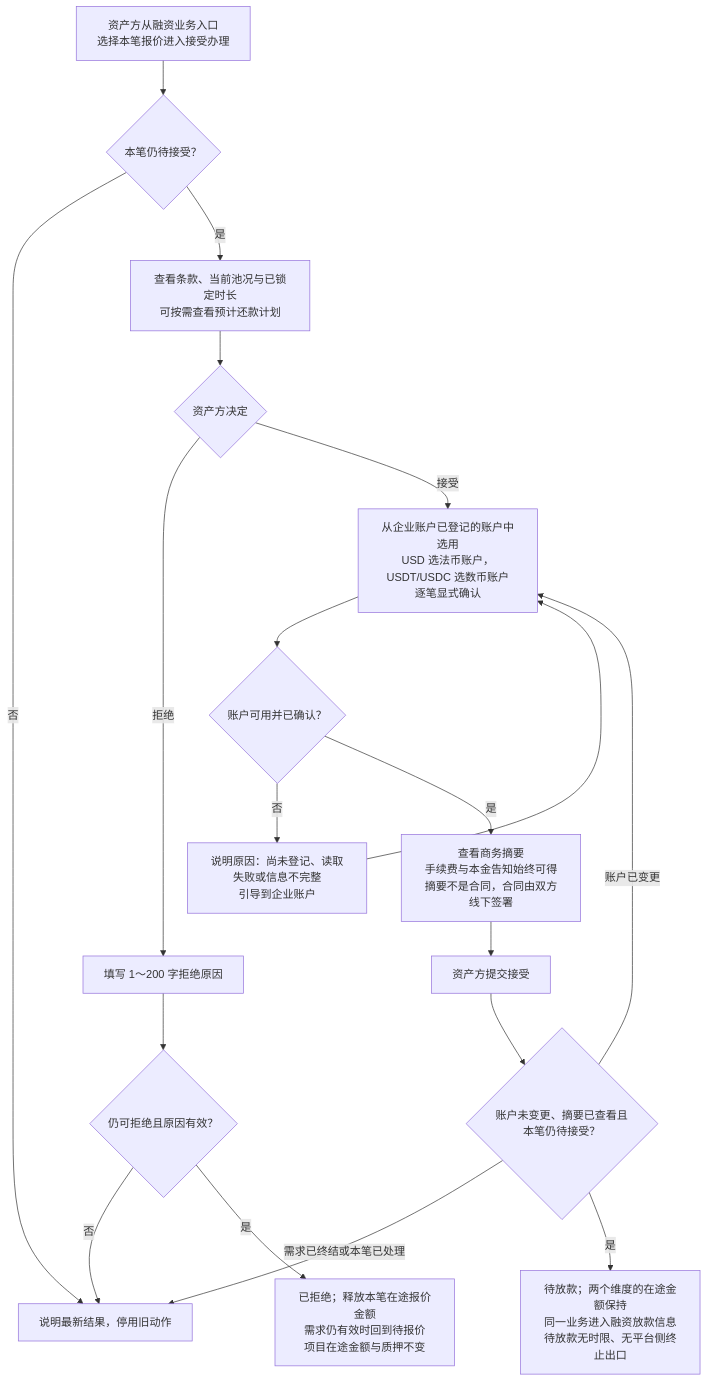
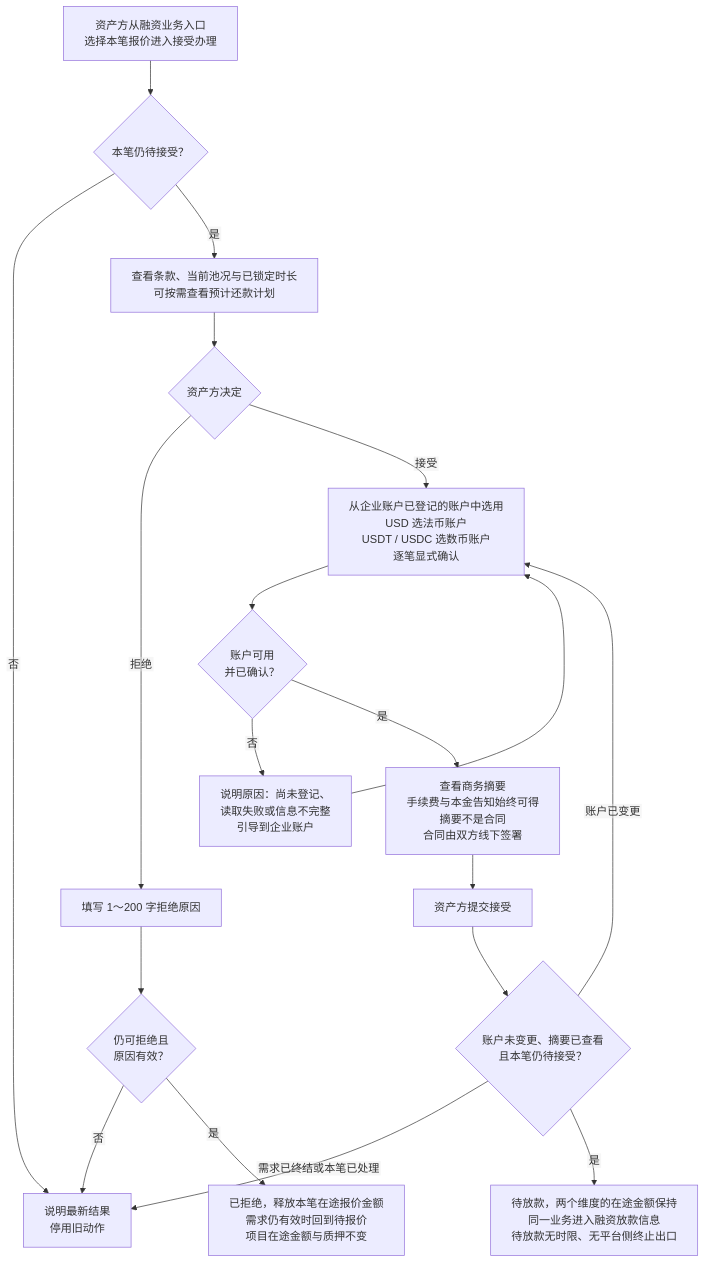
The second of 8 diagrams in lending-platform/PRD/面客端/06-借贷广场-授信报价与接受拒绝/02-授信报价与接受拒绝-流程图与状态机.md (wxblockchain/Chain-Financing), drawn with Mermaid before and after one commit. The commit also changed other lines of this file, not shown here.

First line of the commit message:
docs(WS-375): keep every flowchart label fully visible

````diff
--- a/lending-platform/PRD/面客端/06-借贷广场-授信报价与接受拒绝/02-授信报价与接受拒绝-流程图与状态机.md
+++ b/lending-platform/PRD/面客端/06-借贷广场-授信报价与接受拒绝/02-授信报价与接受拒绝-流程图与状态机.md
@@ -50,21 +51,22 @@
 ```mermaid
+%%{init: {"flowchart": {"htmlLabels": false, "wrappingWidth": 400}}}%%
 flowchart TD
   A["资产方从融资业务入口<br/>选择本笔报价进入接受办理"] --> B{"本笔仍待接受？"}
-  B -- "否" --> X["说明最新结果，停用旧动作"]
-  B -- "是" --> C["查看条款、当前池况与已锁定时长<br/>可按需查看预计还款计划"]
+  B -->|"否"| X["说明最新结果<br/>停用旧动作"]
+  B -->|"是"| C["查看条款、当前池况与已锁定时长<br/>可按需查看预计还款计划"]
   C --> D{"资产方决定"}
-  D -- "拒绝" --> R["填写 1～200 字拒绝原因"]
-  R --> R1{"仍可拒绝且原因有效？"}
-  R1 -- "否" --> X
-  R1 -- "是" --> R2["已拒绝；释放本笔在途报价金额<br/>需求仍有效时回到待报价<br/>项目在途金额与质押不变"]
-  D -- "接受" --> E["从企业账户已登记的账户中选用<br/>USD 选法币账户，USDT/USDC 选数币账户<br/>逐笔显式确认"]
-  E --> F{"账户可用并已确认？"}
-  F -- "否" --> E1["说明原因：尚未登记、读取失败或信息不完整<br/>引导到企业账户"]
+  D -->|"拒绝"| R["填写 1～200 字拒绝原因"]
+  R --> R1{"仍可拒绝且<br/>原因有效？"}
+  R1 -->|"否"| X
+  R1 -->|"是"| R2["已拒绝，释放本笔在途报价金额<br/>需求仍有效时回到待报价<br/>项目在途金额与质押不变"]
+  D -->|"接受"| E["从企业账户已登记的账户中选用<br/>USD 选法币账户<br/>USDT / USDC 选数币账户<br/>逐笔显式确认"]
+  E --> F{"账户可用<br/>并已确认？"}
+  F -->|"否"| E1["说明原因：尚未登记、<br/>读取失败或信息不完整<br/>引导到企业账户"]
   E1 --> E
-  F -- "是" --> G["查看商务摘要<br/>手续费与本金告知始终可得<br/>摘要不是合同，合同由双方线下签署"]
+  F -->|"是"| G["查看商务摘要<br/>手续费与本金告知始终可得<br/>摘要不是合同<br/>合同由双方线下签署"]
   G --> J["资产方提交接受"]
-  J --> K{"账户未变更、摘要已查看且本笔仍待接受？"}
-  K -- "需求已终结或本笔已处理" --> X
-  K -- "账户已变更" --> E
-  K -- "是" --> L["待放款；两个维度的在途金额保持<br/>同一业务进入融资放款信息<br/>待放款无时限、无平台侧终止出口"]
+  J --> K{"账户未变更、摘要已查看<br/>且本笔仍待接受？"}
+  K -->|"需求已终结或本笔已处理"| X
+  K -->|"账户已变更"| E
+  K -->|"是"| L["待放款，两个维度的在途金额保持<br/>同一业务进入融资放款信息<br/>待放款无时限、无平台侧终止出口"]
 ```
````
